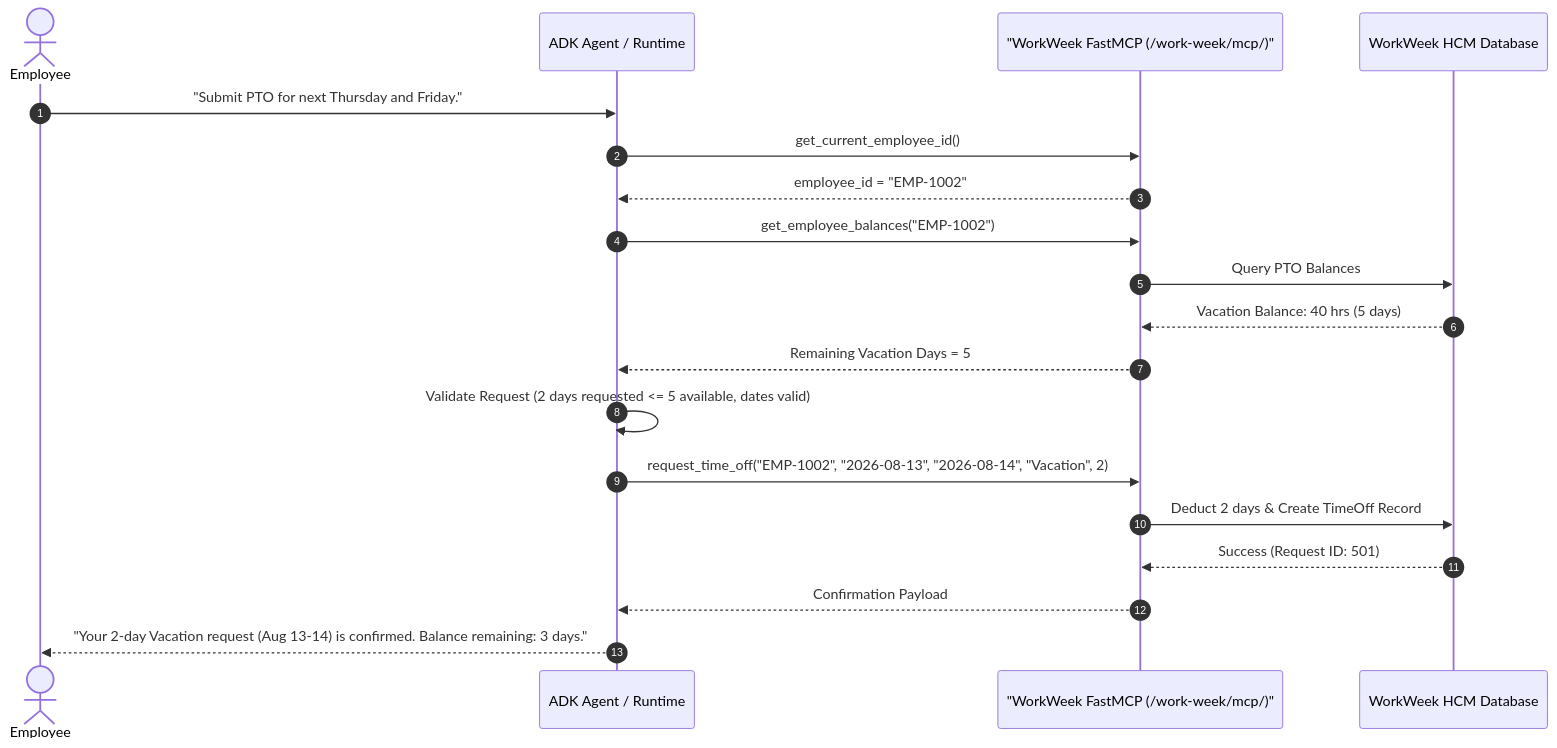
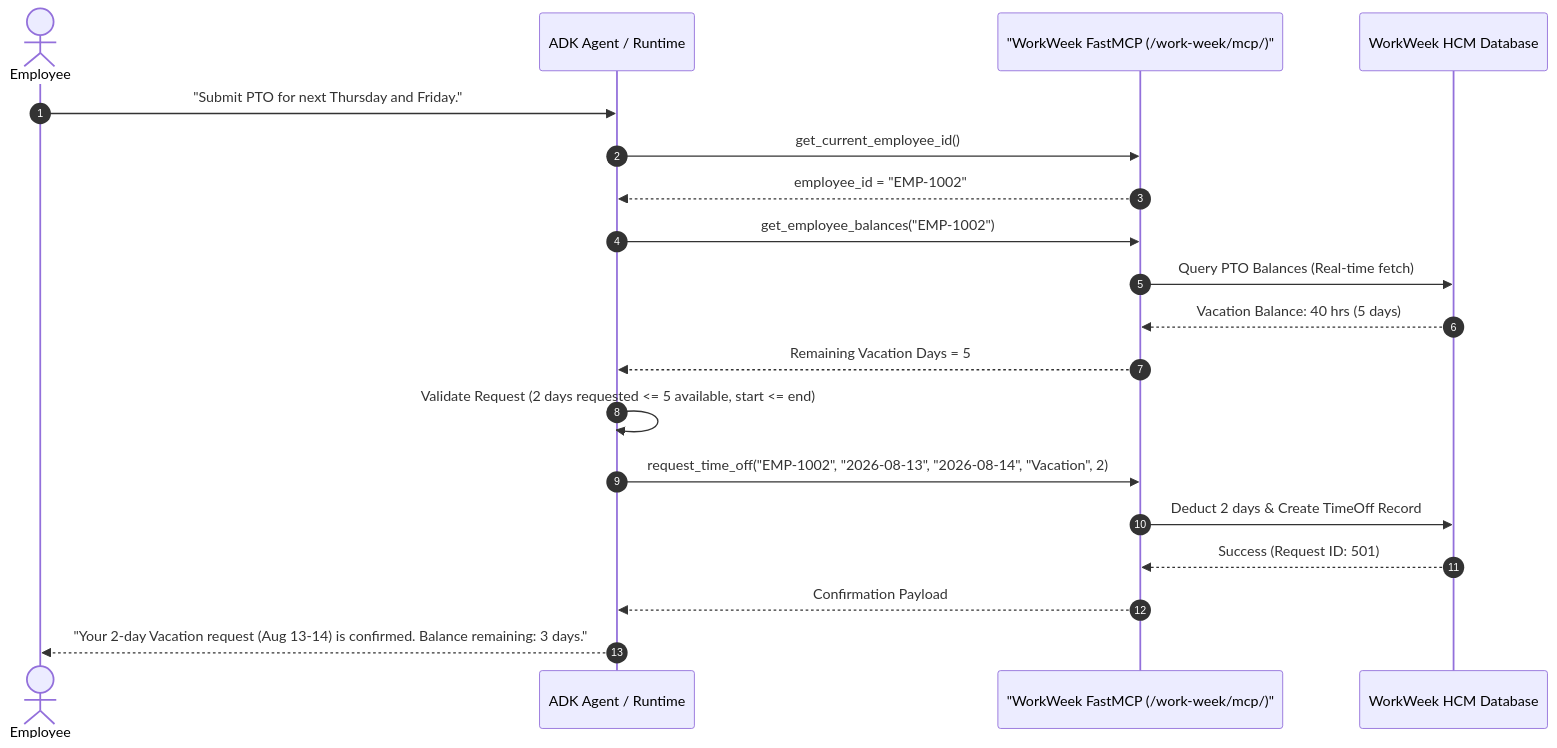
One commit to yangwhale/elevate-bj-g4 changed the third of 9 diagrams in SDD.md. Above: the diagram before and after it, drawn with Mermaid. The commit also changed other lines of this file, not shown here.

Commit message:
Add complete BRD Requirement Traceability Matrix and sequence flows for all use cases

````diff
--- a/SDD.md
+++ b/SDD.md
@@ -137,22 +138,22 @@
 ```mermaid
 sequenceDiagram
     autonumber
     actor Employee
     participant Agent as ADK Agent / Runtime
     participant WW as "WorkWeek FastMCP (/work-week/mcp/)"
     participant WW_DB as WorkWeek HCM Database
 
     Employee->>Agent: "Submit PTO for next Thursday and Friday."
     Agent->>WW: get_current_employee_id()
     WW-->>Agent: employee_id = "EMP-1002"
     Agent->>WW: get_employee_balances("EMP-1002")
-    WW->>WW_DB: Query PTO Balances
+    WW->>WW_DB: Query PTO Balances (Real-time fetch)
     WW_DB-->>WW: Vacation Balance: 40 hrs (5 days)
     WW-->>Agent: Remaining Vacation Days = 5
-    Agent->>Agent: Validate Request (2 days requested <= 5 available, dates valid)
+    Agent->>Agent: Validate Request (2 days requested <= 5 available, start <= end)
     Agent->>WW: request_time_off("EMP-1002", "2026-08-13", "2026-08-14", "Vacation", 2)
     WW->>WW_DB: Deduct 2 days & Create TimeOff Record
     WW_DB-->>WW: Success (Request ID: 501)
     WW-->>Agent: Confirmation Payload
     Agent-->>Employee: "Your 2-day Vacation request (Aug 13-14) is confirmed. Balance remaining: 3 days."
 ```
````
